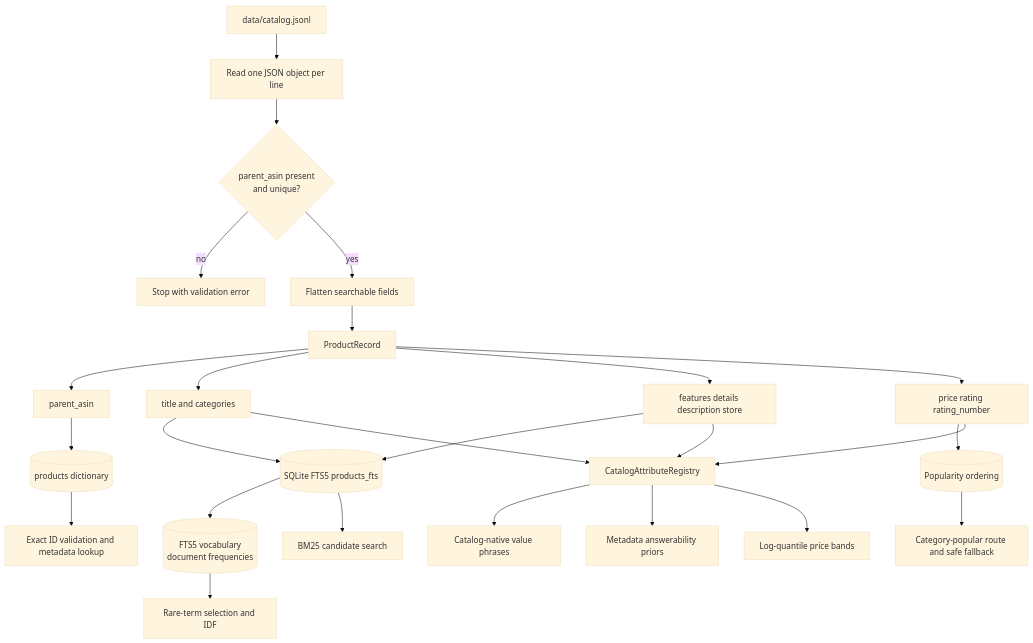
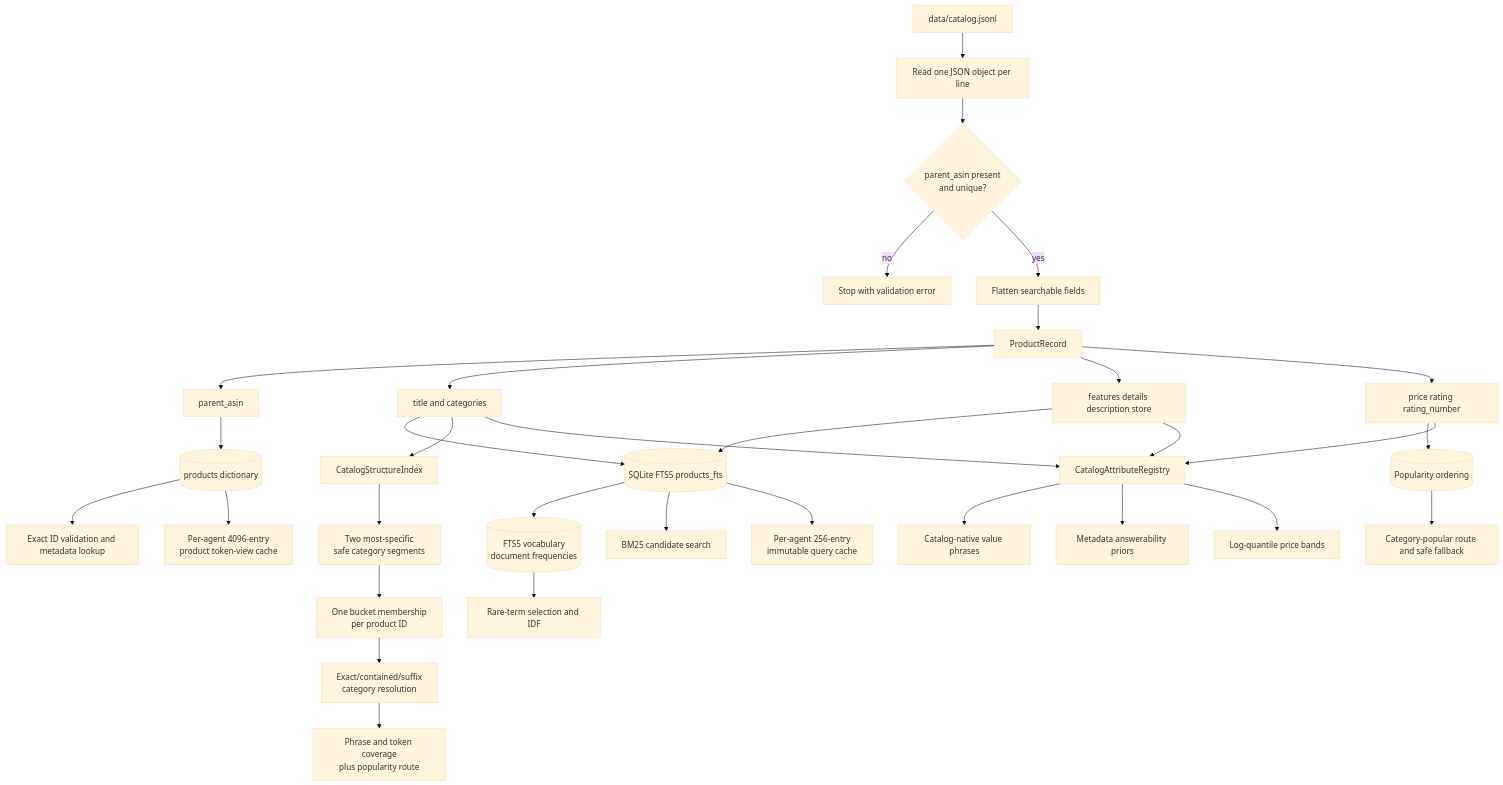
The second of 14 diagrams in docs/system-flowcharts.md (ash15khng/tiktok-techjam), drawn with Mermaid (base theme) before and after one commit. The commit also changed other lines of this file and 13 other files, not shown here.

````diff
--- a/docs/system-flowcharts.md
+++ b/docs/system-flowcharts.md
@@ -75,30 +79,37 @@
 ```mermaid
 flowchart TD
     A[data/catalog.jsonl] --> B[Read one JSON object per line]
     B --> C{parent_asin present<br/>and unique?}
     C -->|no| D[Stop with validation error]
     C -->|yes| E[Flatten searchable fields]
 
     E --> F[ProductRecord]
     F --> F1[parent_asin]
     F --> F2[title and categories]
     F --> F3[features details description store]
     F --> F4[price rating rating_number]
 
     F1 --> G[(products dictionary)]
     F2 --> H[(SQLite FTS5 products_fts)]
     F3 --> H
+    F2 --> P[CatalogStructureIndex]
+    P --> P1[Two most-specific<br/>safe category segments]
+    P1 --> P2[One bucket membership<br/>per product ID]
     H --> I[(FTS5 vocabulary<br/>document frequencies)]
     F4 --> J[(Popularity ordering)]
     F3 --> O[CatalogAttributeRegistry]
     F2 --> O
     F4 --> O
     O --> O1[Catalog-native value phrases]
     O --> O2[Metadata answerability priors]
     O --> O3[Log-quantile price bands]
 
     G --> K[Exact ID validation and metadata lookup]
     H --> L[BM25 candidate search]
+    H --> Q[Per-agent 256-entry<br/>immutable query cache]
+    P2 --> R[Exact/contained/suffix<br/>category resolution]
+    R --> S[Phrase and token coverage<br/>plus popularity route]
+    G --> T[Per-agent 4096-entry<br/>product token-view cache]
     I --> M[Rare-term selection and IDF]
     J --> N[Category-popular route and safe fallback]
 ```
````
